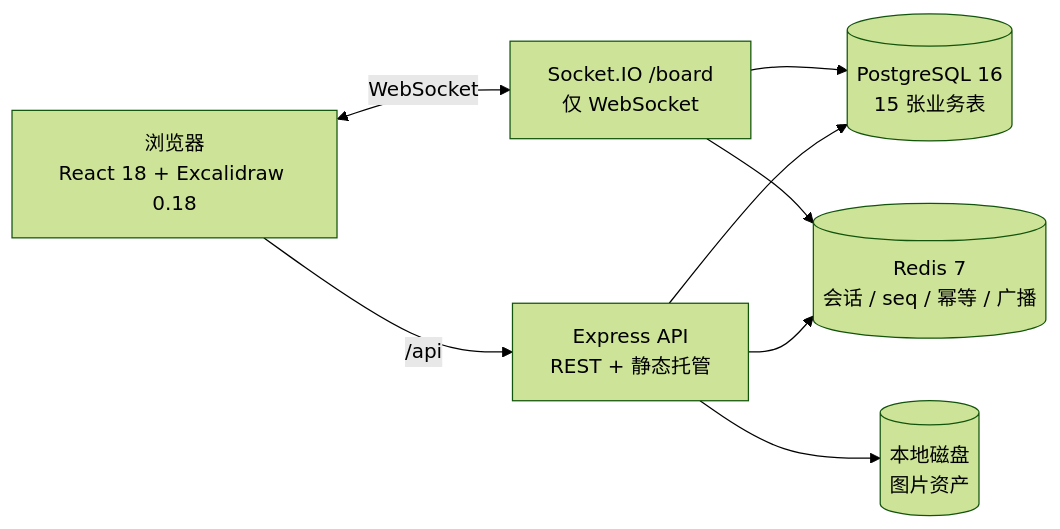
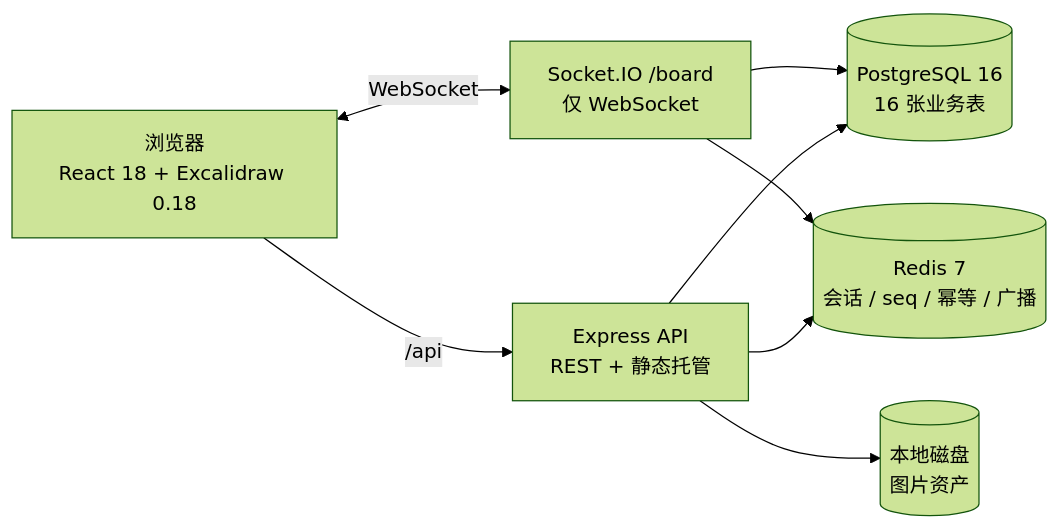
The diagram in docs/实时协作白板_开发文档.md (cherryi6081/Sakura-Whiteboard), drawn with Mermaid (forest theme) before and after one commit. The commit also changed other lines of this file, not shown here.

First line of the commit message:
docs: 同步容量淘汰、页面级访问控制、列表版式、缩略图与 e2e 入口

````diff
--- a/docs/实时协作白板_开发文档.md
+++ b/docs/实时协作白板_开发文档.md
@@ -103,16 +131,16 @@
 ```mermaid
 flowchart LR
   B["浏览器<br/>React 18 + Excalidraw 0.18"]
   A["Express API<br/>REST + 静态托管"]
   S["Socket.IO /board<br/>仅 WebSocket"]
-  P[("PostgreSQL 16<br/>15 张业务表")]
+  P[("PostgreSQL 16<br/>16 张业务表")]
   R[("Redis 7<br/>会话 / seq / 幂等 / 广播")]
   D[("本地磁盘<br/>图片资产")]
   B -->|"/api"| A
   B <-->|"WebSocket"| S
   S --> P
   S --> R
   A --> P
   A --> R
   A --> D
 ```
````
